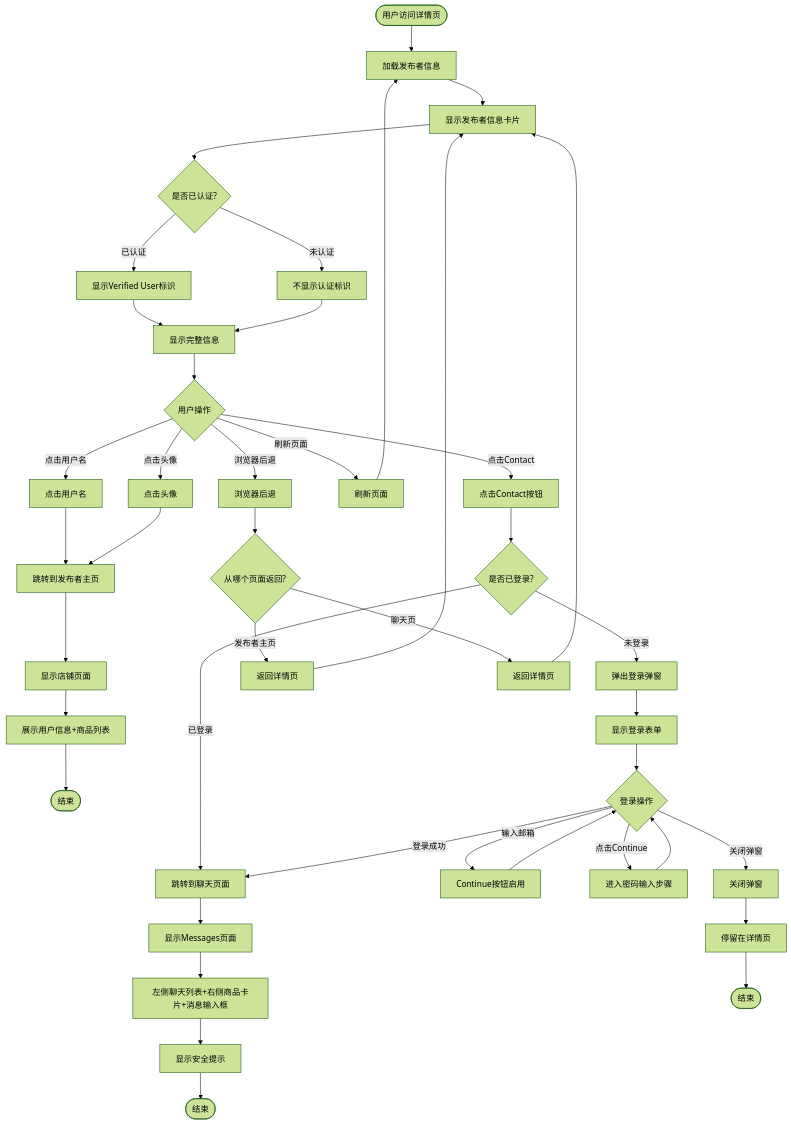
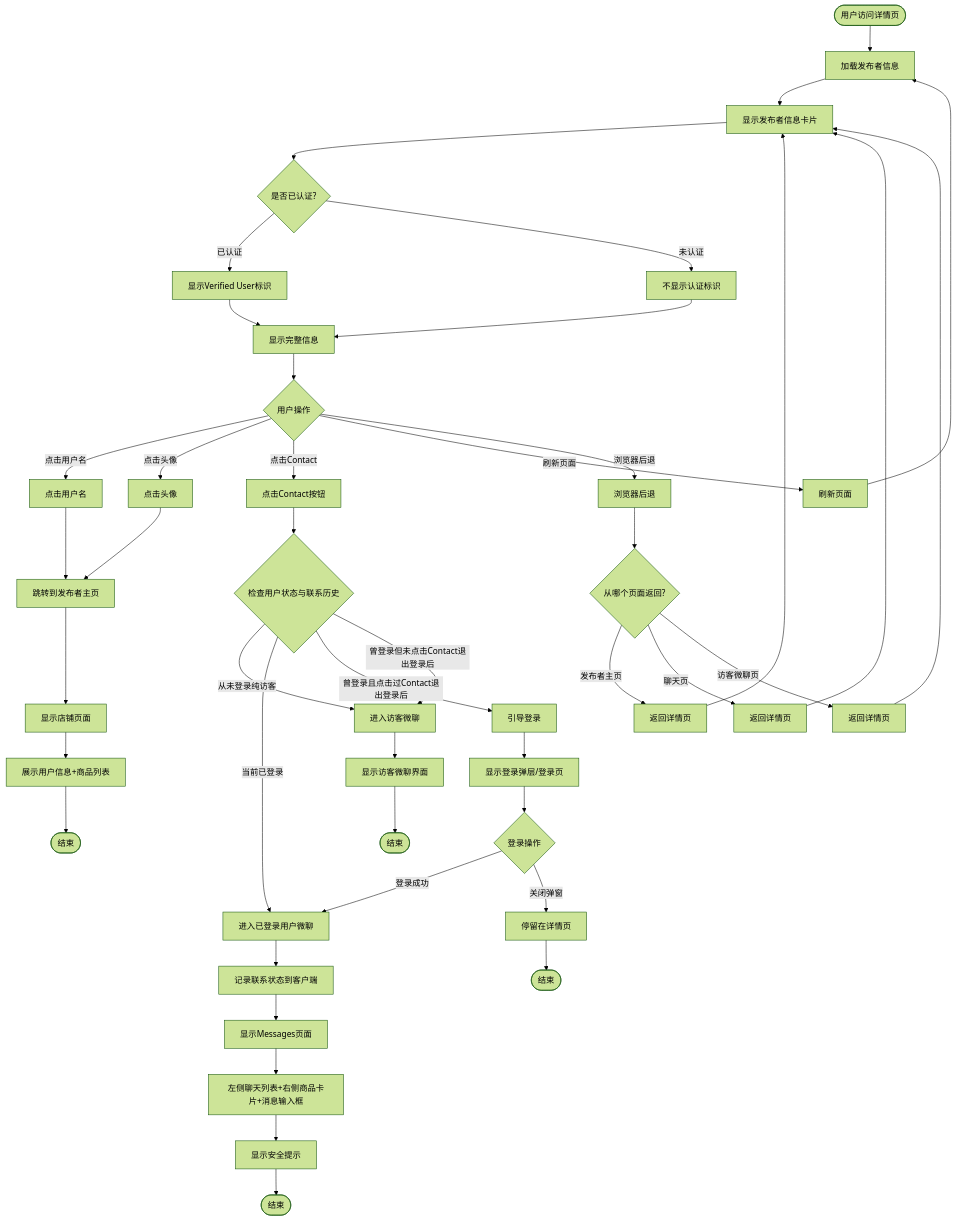
The diagram in bundled/knowledge_base/业务知识图谱/通用业务域/详情页模块/详情页发布者信息区域业务流程.md (jiadan-user/jiacangku), drawn with Mermaid (forest theme) before and after one commit. The commit also changed other lines of this file and 3 other files, not shown here.

````diff
--- a/bundled/knowledge_base/业务知识图谱/通用业务域/详情页模块/详情页发布者信息区域业务流程.md
+++ b/bundled/knowledge_base/业务知识图谱/通用业务域/详情页模块/详情页发布者信息区域业务流程.md
@@ -9,50 +9,55 @@
 ```mermaid
 graph TD
     Start([用户访问详情页]) --> LoadPublisher[加载发布者信息]
     LoadPublisher --> ShowCard[显示发布者信息卡片]
     ShowCard --> CheckAuth{是否已认证?}
     CheckAuth -->|已认证| ShowVerified[显示Verified User标识]
     CheckAuth -->|未认证| NoVerified[不显示认证标识]
     ShowVerified --> ShowInfo[显示完整信息]
     NoVerified --> ShowInfo
     ShowInfo --> UserAction{用户操作}
     
     UserAction -->|点击用户名| ClickUsername[点击用户名]
     ClickUsername --> GoToProfile[跳转到发布者主页]
     GoToProfile --> ShowProfilePage[显示店铺页面]
     ShowProfilePage --> ProfileContent[展示用户信息+商品列表]
     ProfileContent --> End1([结束])
     
     UserAction -->|点击头像| ClickAvatar[点击头像]
     ClickAvatar --> GoToProfile
     
     UserAction -->|点击Contact| ClickContact[点击Contact按钮]
-    ClickContact --> CheckLogin{是否已登录?}
-    CheckLogin -->|已登录| GoToChat[跳转到聊天页面]
-    GoToChat --> ShowChatPage[显示Messages页面]
+    ClickContact --> CheckUserState{检查用户状态与联系历史}
+    
+    CheckUserState -->|从未登录纯访客| GuestChat[进入访客微聊]
+    GuestChat --> ShowGuestChatUI[显示访客微聊界面]
+    ShowGuestChatUI --> End2([结束])
+    
+    CheckUserState -->|当前已登录| LoggedInChat[进入已登录用户微聊]
+    LoggedInChat --> RecordContactState[记录联系状态到客户端]
+    RecordContactState --> ShowChatPage[显示Messages页面]
     ShowChatPage --> ShowChatUI[左侧聊天列表+右侧商品卡片+消息输入框]
     ShowChatUI --> ShowSafety[显示安全提示]
-    ShowSafety --> End2([结束])
+    ShowSafety --> End3([结束])
     
-    CheckLogin -->|未登录| ShowLoginModal[弹出登录弹窗]
-    ShowLoginModal --> ShowLoginForm[显示登录表单]
-    ShowLoginForm --> LoginAction{登录操作}
-    LoginAction -->|输入邮箱| EnableContinue[Continue按钮启用]
-    EnableContinue --> LoginAction
-    LoginAction -->|点击Continue| NextStep[进入密码输入步骤]
-    NextStep --> LoginAction
-    LoginAction -->|关闭弹窗| CloseModal[关闭弹窗]
-    CloseModal --> StayDetail[停留在详情页]
-    StayDetail --> End3([结束])
-    LoginAction -->|登录成功| GoToChat
+    CheckUserState -->|曾登录且点击过Contact退出登录后| RequireLogin[引导登录]
+    RequireLogin --> ShowLoginGuidance[显示登录弹层/登录页]
+    ShowLoginGuidance --> LoginAction{登录操作}
+    LoginAction -->|登录成功| LoggedInChat
+    LoginAction -->|关闭弹窗| StayDetail1[停留在详情页]
+    StayDetail1 --> End4([结束])
+    
+    CheckUserState -->|曾登录但未点击Contact退出登录后| GuestChat
     
     UserAction -->|刷新页面| RefreshPage[刷新页面]
     RefreshPage --> LoadPublisher
     
     UserAction -->|浏览器后退| BackAction[浏览器后退]
     BackAction --> CheckSource{从哪个页面返回?}
     CheckSource -->|发布者主页| BackToDetail1[返回详情页]
     CheckSource -->|聊天页| BackToDetail2[返回详情页]
+    CheckSource -->|访客微聊页| BackToDetail3[返回详情页]
     BackToDetail1 --> ShowCard
     BackToDetail2 --> ShowCard
+    BackToDetail3 --> ShowCard
 ```
````
